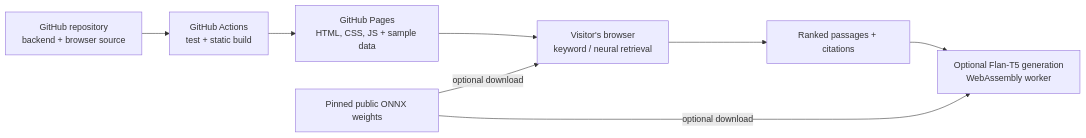
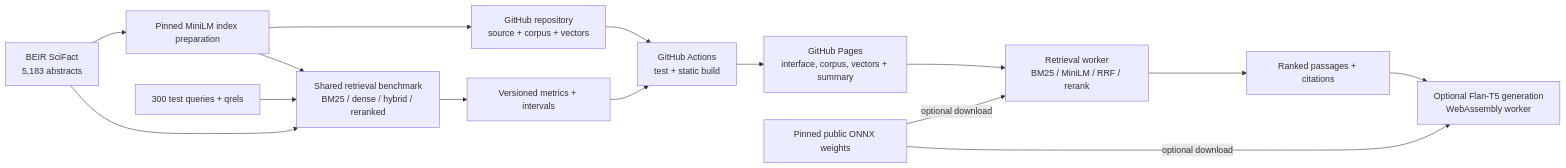
The first of 2 diagrams in docs/architecture.md (Sashankpotluru/RAGForge), drawn with Mermaid before and after one commit. The commit also changed other lines of this file and 10 other files, not shown here.

Commit message:
Document SciFact results, uncertainty and independent metric verification

````diff
--- a/docs/architecture.md
+++ b/docs/architecture.md
@@ -22,10 +24,17 @@
 ```mermaid
 flowchart LR
-    repo["GitHub repository<br/>backend + browser source"] --> ci["GitHub Actions<br/>test + static build"]
-    ci --> pages["GitHub Pages<br/>HTML, CSS, JS + sample data"]
-    pages --> browser["Visitor's browser<br/>keyword / neural retrieval"]
+    data["BEIR SciFact<br/>5,183 abstracts"] --> prep["Pinned MiniLM index preparation"]
+    prep --> repo["GitHub repository<br/>source + corpus + vectors"]
+    data --> eval["Shared retrieval benchmark<br/>BM25 / dense / hybrid / reranked"]
+    prep --> eval
+    labels["300 test queries + qrels"] --> eval
+    eval --> results["Versioned metrics + intervals"]
+    repo --> ci["GitHub Actions<br/>test + static build"]
+    results --> ci
+    ci --> pages["GitHub Pages<br/>interface, corpus, vectors + summary"]
+    pages --> browser["Retrieval worker<br/>BM25 / MiniLM / RRF / rerank"]
     models["Pinned public ONNX weights"] -->|optional download| browser
     browser --> evidence["Ranked passages + citations"]
     evidence --> model["Optional Flan-T5 generation<br/>WebAssembly worker"]
     models -->|optional download| model
 ```
````
